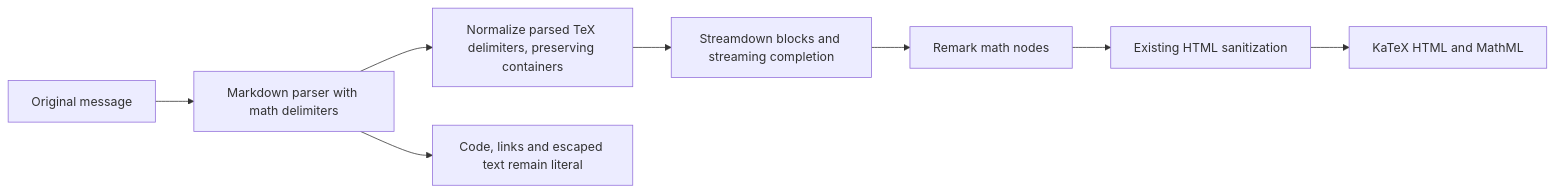
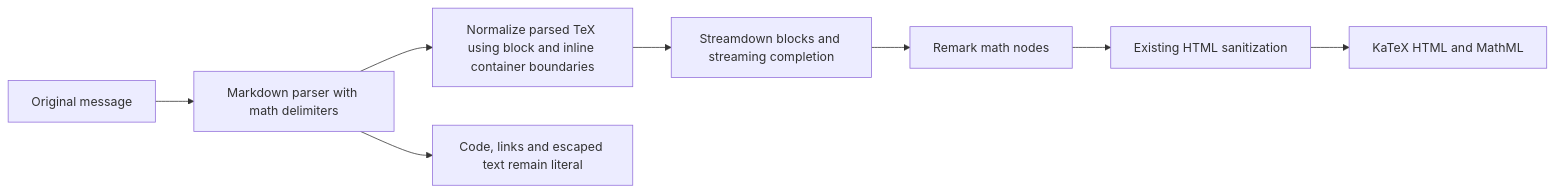
One commit to wecode-ai/Wegent changed the fourth of 26 diagrams in wework/DESIGN.md. Above: the diagram before and after it, drawn with Mermaid. The commit also changed other lines of this file and 2 other files, not shown here.

Commit message:
fix(wework): preserve inline Markdown containers around formulas

````diff
--- a/wework/DESIGN.md
+++ b/wework/DESIGN.md
@@ -1081,10 +1086,10 @@
   ```mermaid
   flowchart LR
     Source[Original message] --> Parse[Markdown parser with math delimiters]
-    Parse --> Normalize[Normalize parsed TeX delimiters, preserving containers]
+    Parse --> Normalize[Normalize parsed TeX using block and inline container boundaries]
     Normalize --> Streamdown[Streamdown blocks and streaming completion]
     Streamdown --> Math[Remark math nodes]
     Math --> Sanitize[Existing HTML sanitization]
     Sanitize --> KaTeX[KaTeX HTML and MathML]
     Parse --> Literal[Code, links and escaped text remain literal]
   ```
````
